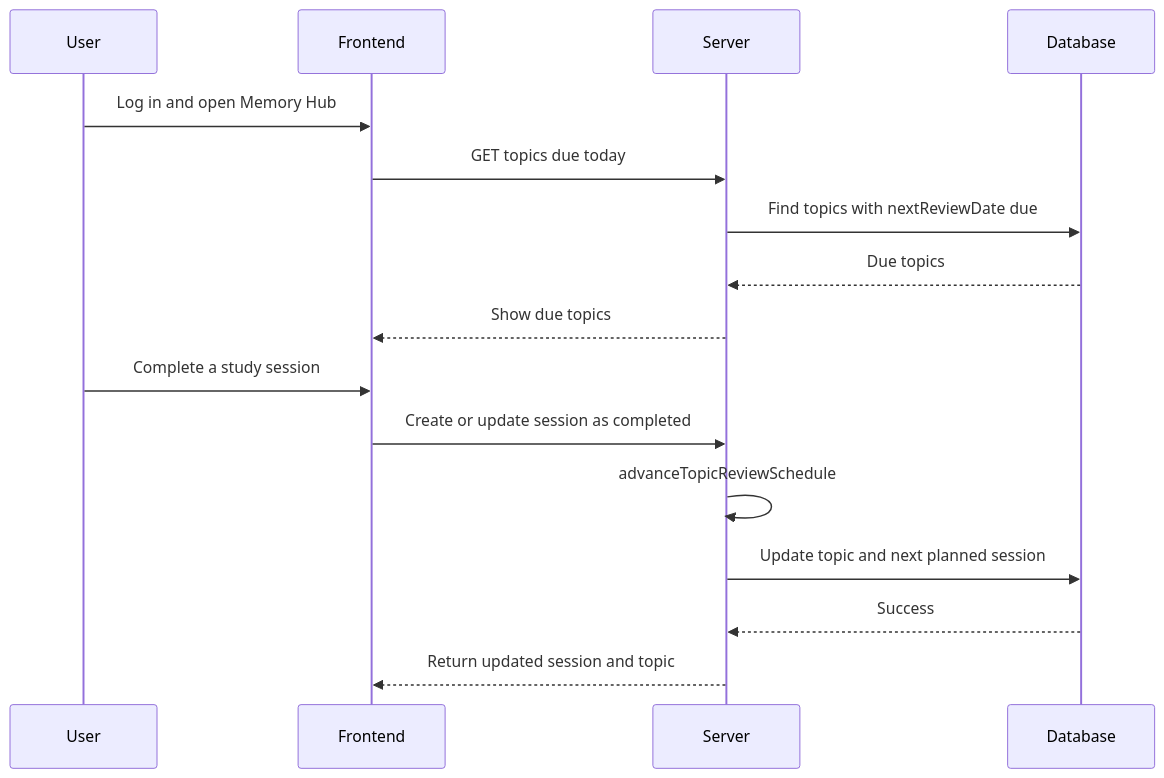
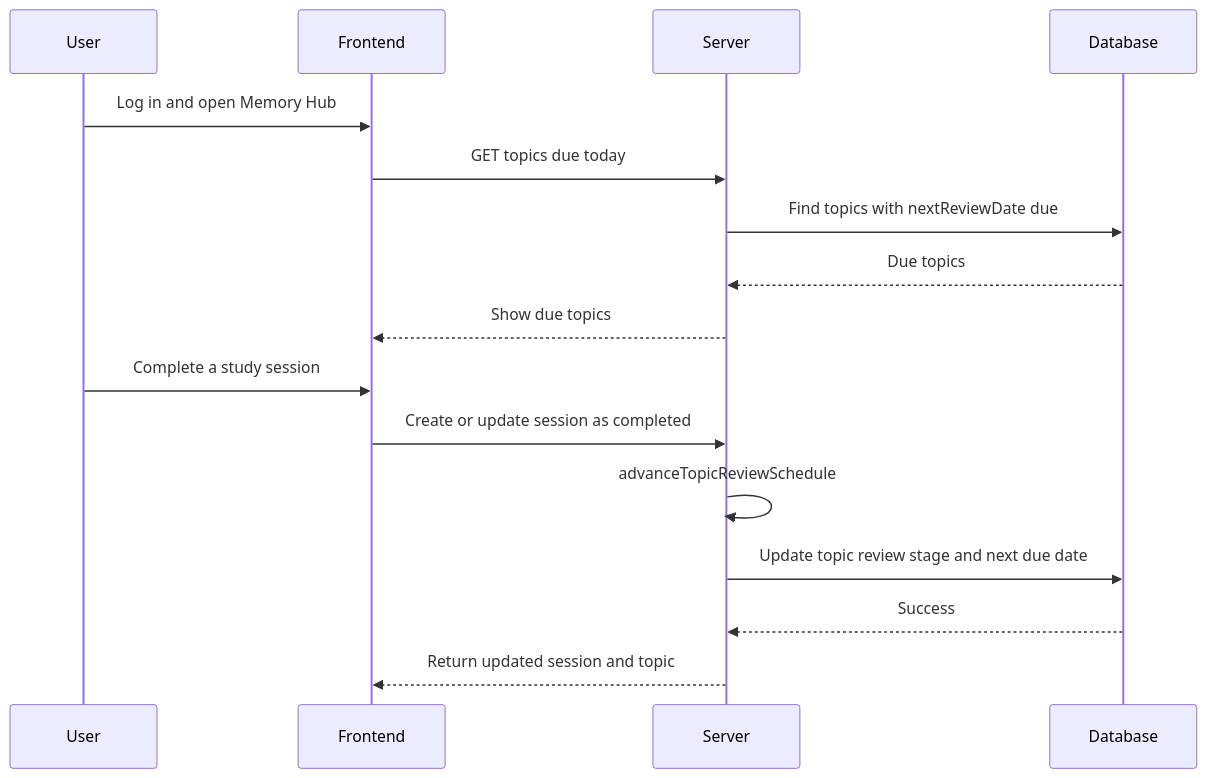
Before and after one commit to Naveen-nm27/SunsetStudy: the third of 3 diagrams in README.md, drawn with Mermaid. The commit also changed other lines of this file and 76 other files, not shown here.

````diff
--- a/README.md
+++ b/README.md
@@ -170,20 +195,20 @@
 ```mermaid
 sequenceDiagram
     participant User
     participant Frontend
     participant Server
     participant Database
 
     User->>Frontend: Log in and open Memory Hub
     Frontend->>Server: GET topics due today
     Server->>Database: Find topics with nextReviewDate due
     Database-->>Server: Due topics
     Server-->>Frontend: Show due topics
 
     User->>Frontend: Complete a study session
     Frontend->>Server: Create or update session as completed
     Server->>Server: advanceTopicReviewSchedule
-    Server->>Database: Update topic and next planned session
+    Server->>Database: Update topic review stage and next due date
     Database-->>Server: Success
     Server-->>Frontend: Return updated session and topic
 ```
````
